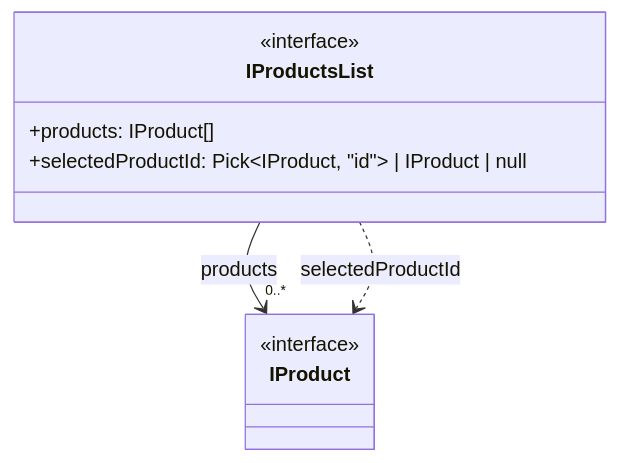
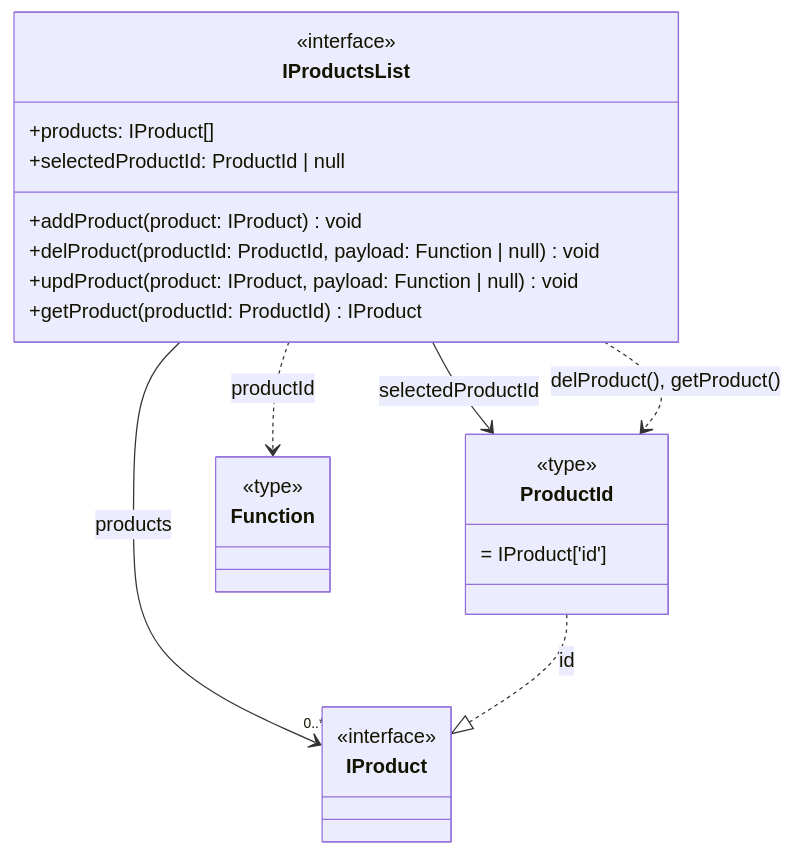
Before and after one commit to vvk2020/weblarek: the third of 7 diagrams in README.md, drawn with Mermaid. The commit also changed other lines of this file and 2 other files, not shown here.

````diff
--- a/README.md
+++ b/README.md
@@ -210,15 +228,31 @@
 ```mermaid
 classDiagram
+    class ProductId {
+        <<type>>
+        = IProduct['id']
+    }
+
     class IProductsList {
         <<interface>>
         +products: IProduct[]
-        +selectedProductId: Pick~IProduct, "id"~ | IProduct | null
+        +selectedProductId: ProductId | null
+        +addProduct(product: IProduct) void
+        +delProduct(productId: ProductId, payload: Function | null) void
+        +updProduct(product: IProduct, payload: Function | null) void
+        +getProduct(productId: ProductId) IProduct
     }
 
     class IProduct {
         <<interface>>
     }
 
+    class Function {
+        <<type>>
+    }
+
     IProductsList --> "0..*" IProduct : products
-    IProductsList ..> IProduct : selectedProductId
+    IProductsList --> ProductId : selectedProductId
+    IProductsList ..> ProductId : delProduct(), getProduct()
+    IProductsList ..> Function : productId
+    ProductId ..|> IProduct : id
 ```
````
